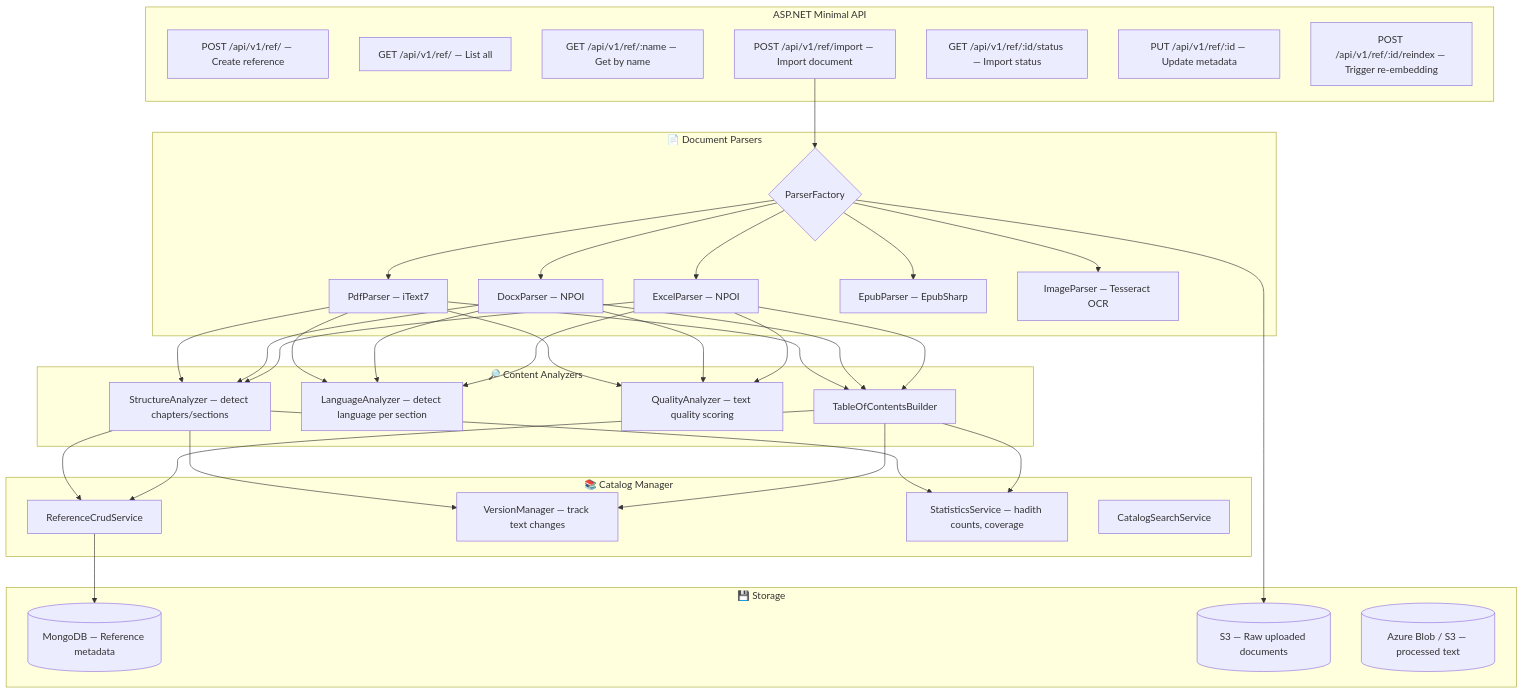
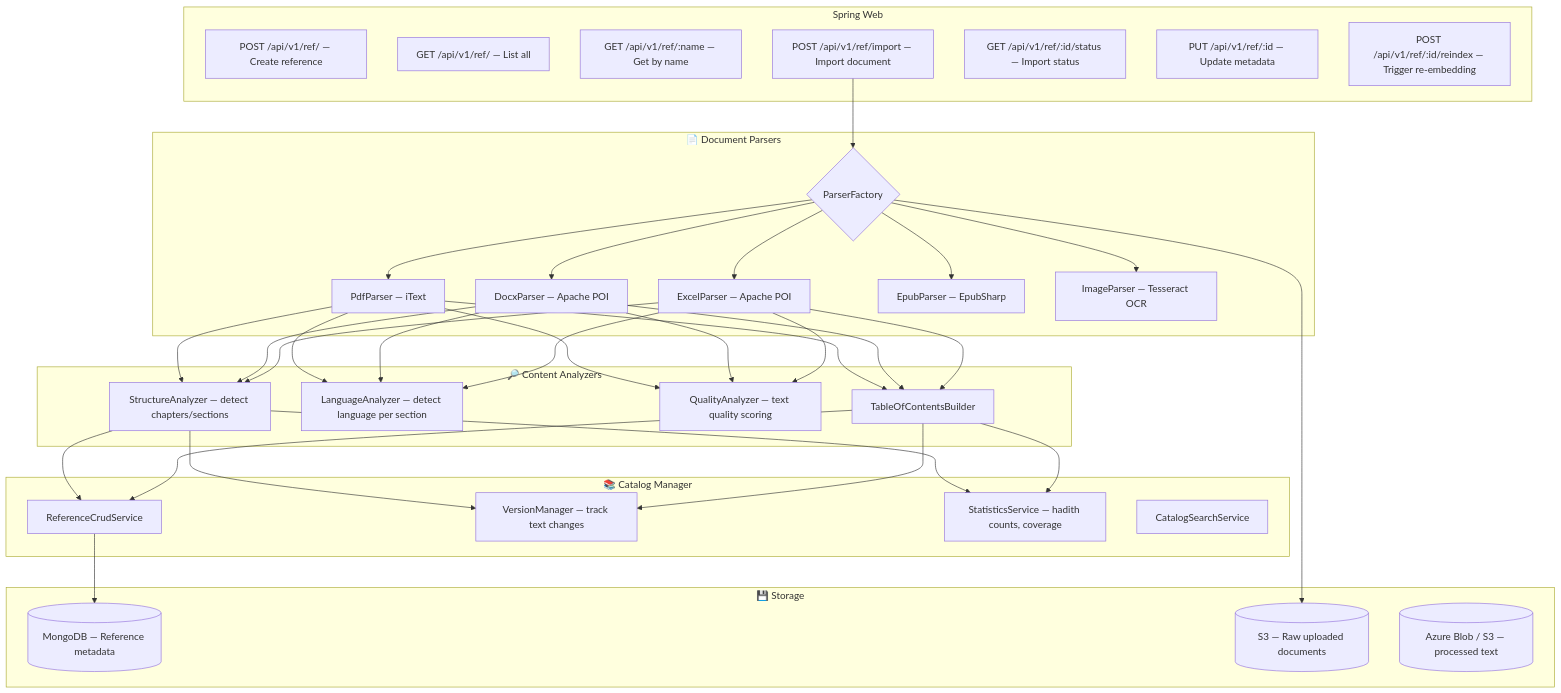
One commit to Polar-ORG0/Mishkat-Plan changed the third of 6 diagrams in src/assets/mishkat_final_blueprint_part3a.md. Above: the diagram before and after it, drawn with Mermaid. The commit also changed other lines of this file and 6 other files, not shown here.

````diff
--- a/src/assets/mishkat_final_blueprint_part3a.md
+++ b/src/assets/mishkat_final_blueprint_part3a.md
@@ -488,47 +488,47 @@
 ```mermaid
 flowchart TD
-    subgraph API["ASP.NET Minimal API"]
+    subgraph API["Spring Web"]
         EP1["POST /api/v1/ref/ — Create reference"]
         EP2["GET /api/v1/ref/ — List all"]
         EP3["GET /api/v1/ref/:name — Get by name"]
         EP4["POST /api/v1/ref/import — Import document"]
         EP5["GET /api/v1/ref/:id/status — Import status"]
         EP6["PUT /api/v1/ref/:id — Update metadata"]
         EP7["POST /api/v1/ref/:id/reindex — Trigger re-embedding"]
     end
 
     subgraph Parsers["📄 Document Parsers"]
-        PDF_P[PdfParser — iText7]
-        DOCX_P[DocxParser — NPOI]
-        EXCEL_P[ExcelParser — NPOI]
+        PDF_P[PdfParser — iText]
+        DOCX_P[DocxParser — Apache POI]
+        EXCEL_P[ExcelParser — Apache POI]
         EPUB_P[EpubParser — EpubSharp]
         IMAGE_P[ImageParser — Tesseract OCR]
         FACTORY_P{ParserFactory}
     end
 
     subgraph Analyzers["🔎 Content Analyzers"]
         STRUCT[StructureAnalyzer — detect chapters/sections]
         LANG[LanguageAnalyzer — detect language per section]
         QUALITY[QualityAnalyzer — text quality scoring]
         TOC[TableOfContentsBuilder]
     end
 
     subgraph Catalog["📚 Catalog Manager"]
         REF_CRUD[ReferenceCrudService]
         VERSION[VersionManager — track text changes]
         STATS[StatisticsService — hadith counts, coverage]
         SEARCH_CAT[CatalogSearchService]
     end
 
     subgraph Storage["💾 Storage"]
         MONGO_REF[(MongoDB — Reference metadata)]
         S3_RAW[(S3 — Raw uploaded documents)]
         BLOB[(Azure Blob / S3 — processed text)]
     end
 
     EP4 --> FACTORY_P --> PDF_P & DOCX_P & EXCEL_P & EPUB_P & IMAGE_P
     PDF_P & DOCX_P & EXCEL_P --> STRUCT & LANG & QUALITY & TOC
     STRUCT & TOC --> REF_CRUD & VERSION & STATS
     REF_CRUD --> MONGO_REF
     FACTORY_P --> S3_RAW
 ```
````
